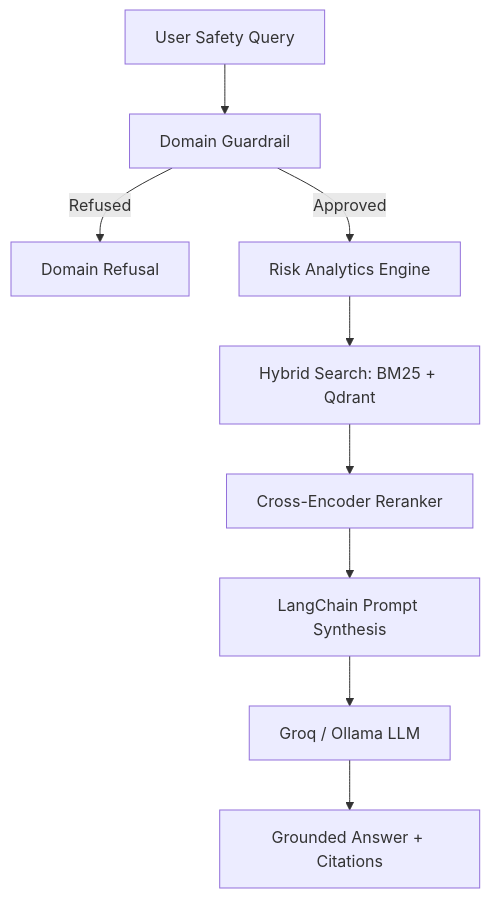
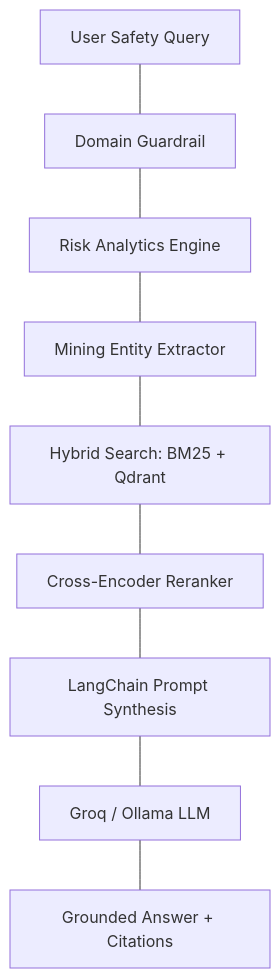
One commit to PriyankaHichkad/Mine-Safety-Assistant changed the diagram in README.md. Above: the diagram before and after it, drawn with Mermaid. The commit also changed other lines of this file and 3 other files, not shown here.

````diff
--- a/README.md
+++ b/README.md
@@ -50,11 +49,11 @@
 ```mermaid
 graph TD
-    A[User Safety Query] --> B[Domain Guardrail]
-    B -- Refused --> C[Domain Refusal]
-    B -- Approved --> D[Risk Analytics Engine]
-    D --> E[Hybrid Search: BM25 + Qdrant]
-    E --> F[Cross-Encoder Reranker]
-    F --> G[LangChain Prompt Synthesis]
-    G --> H[Groq / Ollama LLM]
-    H --> I[Grounded Answer + Citations]
+    A[User Safety Query] --- B[Domain Guardrail]
+    B --- C[Risk Analytics Engine]
+    C --- D[Mining Entity Extractor]
+    D --- E[Hybrid Search: BM25 + Qdrant]
+    E --- F[Cross-Encoder Reranker]
+    F --- G[LangChain Prompt Synthesis]
+    G --- H[Groq / Ollama LLM]
+    H --- I[Grounded Answer + Citations]
 ```
````
